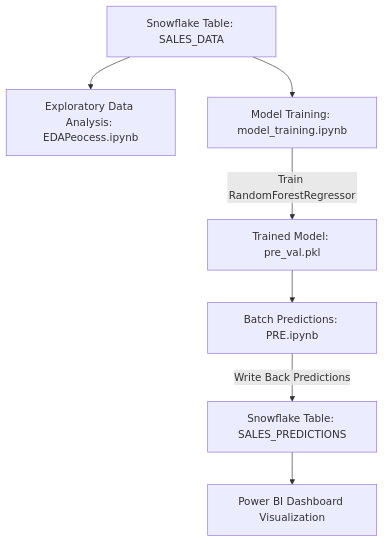
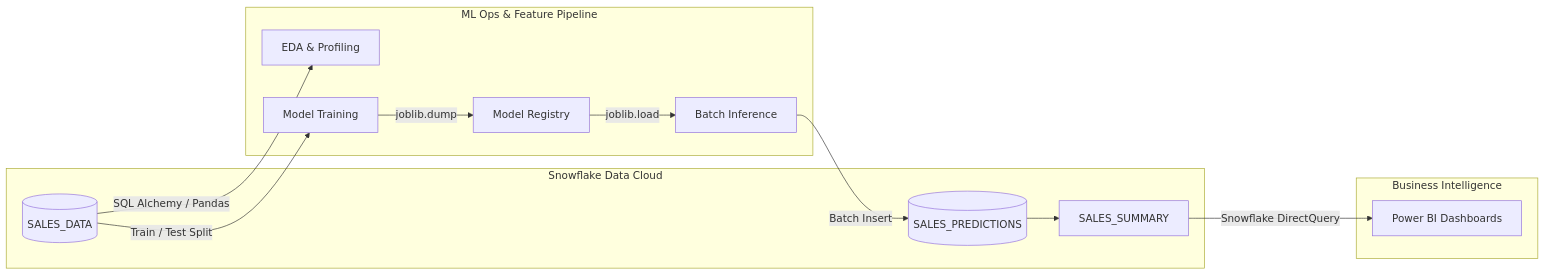
The diagram in README.md (Kumaar375/Sales-Forecasting), drawn with Mermaid before and after one commit. The commit also changed other lines of this file, not shown here.

Commit message:
docs: upgrade README.md to enterprise standard with system architecture and security sections

````diff
--- a/README.md
+++ b/README.md
@@ -11,9 +41,27 @@
 ```mermaid
-graph TD
-    A[Snowflake Table: SALES_DATA] --> B[Exploratory Data Analysis: EDAPeocess.ipynb]
-    A --> C[Model Training: model_training.ipynb]
-    C -->|Train RandomForestRegressor| D[Trained Model: pre_val.pkl]
-    D --> E[Batch Predictions: PRE.ipynb]
-    E -->|Write Back Predictions| F[Snowflake Table: SALES_PREDICTIONS]
-    F --> G[Power BI Dashboard Visualization]
+flowchart LR
+    subgraph Storage [Snowflake Data Cloud]
+        RAW[(SALES_DATA)]
+        PRED[(SALES_PREDICTIONS)]
+        VIEW[SALES_SUMMARY]
+    end
+
+    subgraph Compute [ML Ops & Feature Pipeline]
+        EDA[EDA & Profiling]
+        TR[Model Training]
+        INF[Batch Inference]
+        REG[Model Registry]
+    end
+
+    subgraph Presentation [Business Intelligence]
+        PBI[Power BI Dashboards]
+    end
+
+    RAW -->|SQL Alchemy / Pandas| EDA
+    RAW -->|Train / Test Split| TR
+    TR -->|joblib.dump| REG
+    REG -->|joblib.load| INF
+    INF -->|Batch Insert| PRED
+    PRED --> VIEW
+    VIEW -->|Snowflake DirectQuery| PBI
 ```
````
